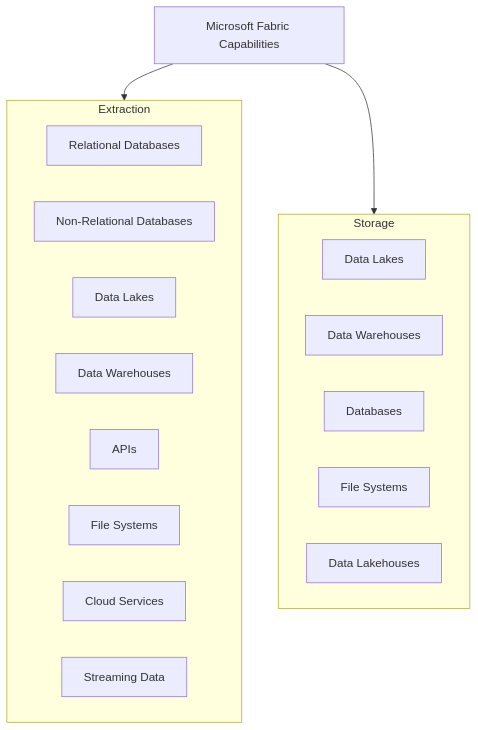
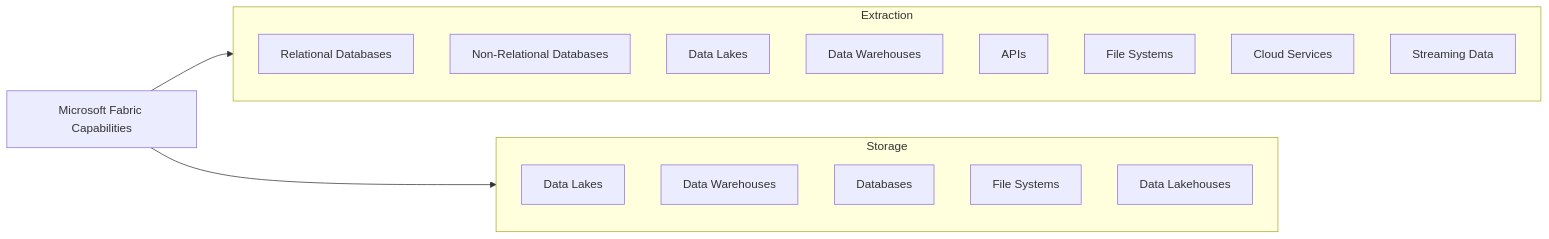
Before and after one commit to brown9804/MicrosoftCloudEssentialsHub: the diagram in 0_Azure/2_AzureAnalytics/0_Fabric/demos/5_DataExtractionStorage.md, drawn with Mermaid.

Commit message:
better diagram

````diff
--- a/0_Azure/2_AzureAnalytics/0_Fabric/demos/5_DataExtractionStorage.md
+++ b/0_Azure/2_AzureAnalytics/0_Fabric/demos/5_DataExtractionStorage.md
@@ -22,26 +22,28 @@
 ```mermaid
-graph TB
+graph LR
     A[Microsoft Fabric Capabilities]
     
     subgraph Extraction
+        direction TB
         B1[Relational Databases]
         B2[Non-Relational Databases]
         B3[Data Lakes]
         B4[Data Warehouses]
         B5[APIs]
         B6[File Systems]
         B7[Cloud Services]
         B8[Streaming Data]
     end
     
     subgraph Storage
+        direction TB
         C1[Data Lakes]
         C2[Data Warehouses]
         C3[Databases]
         C4[File Systems]
         C5[Data Lakehouses]
     end
     
     A --> Extraction
     A --> Storage
 ```
````
